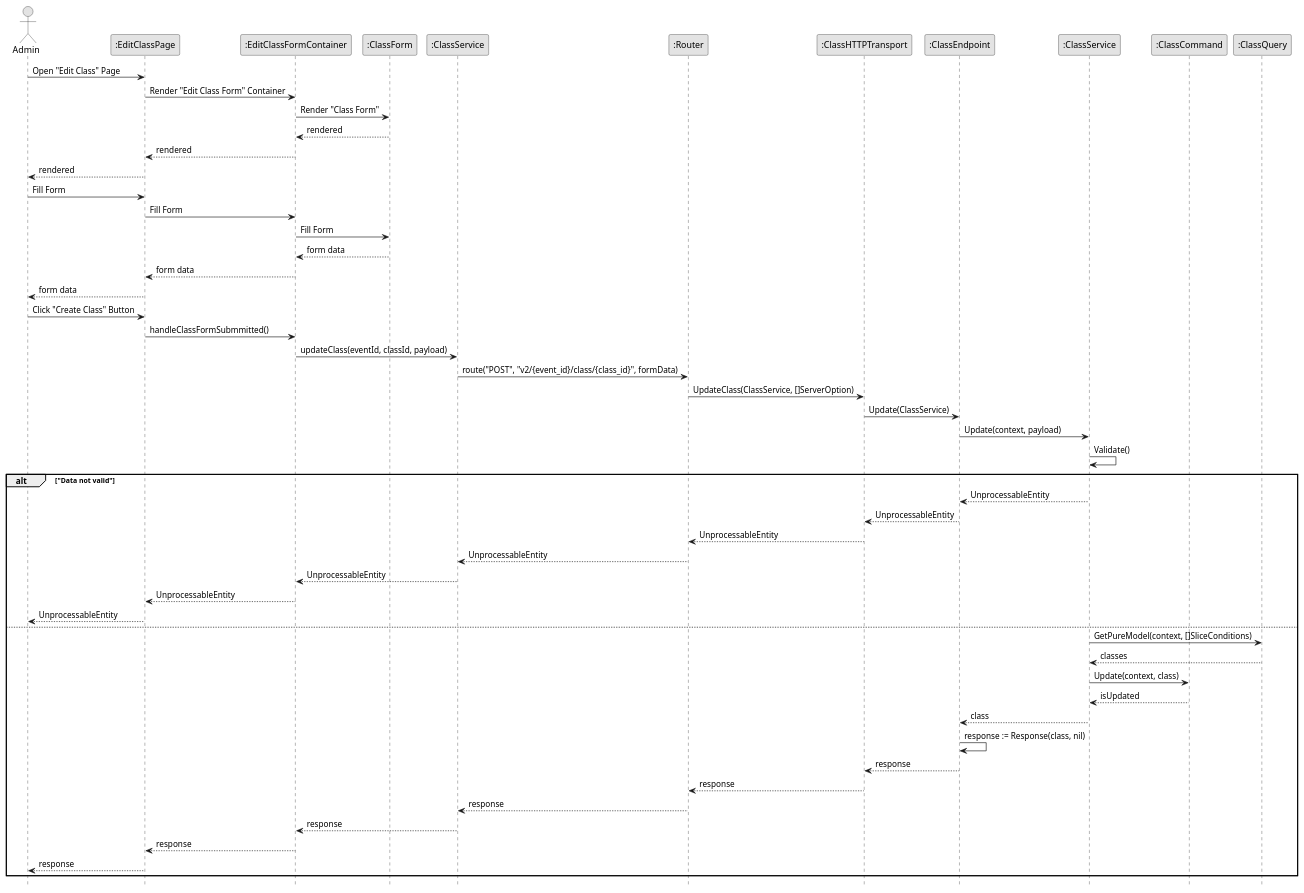
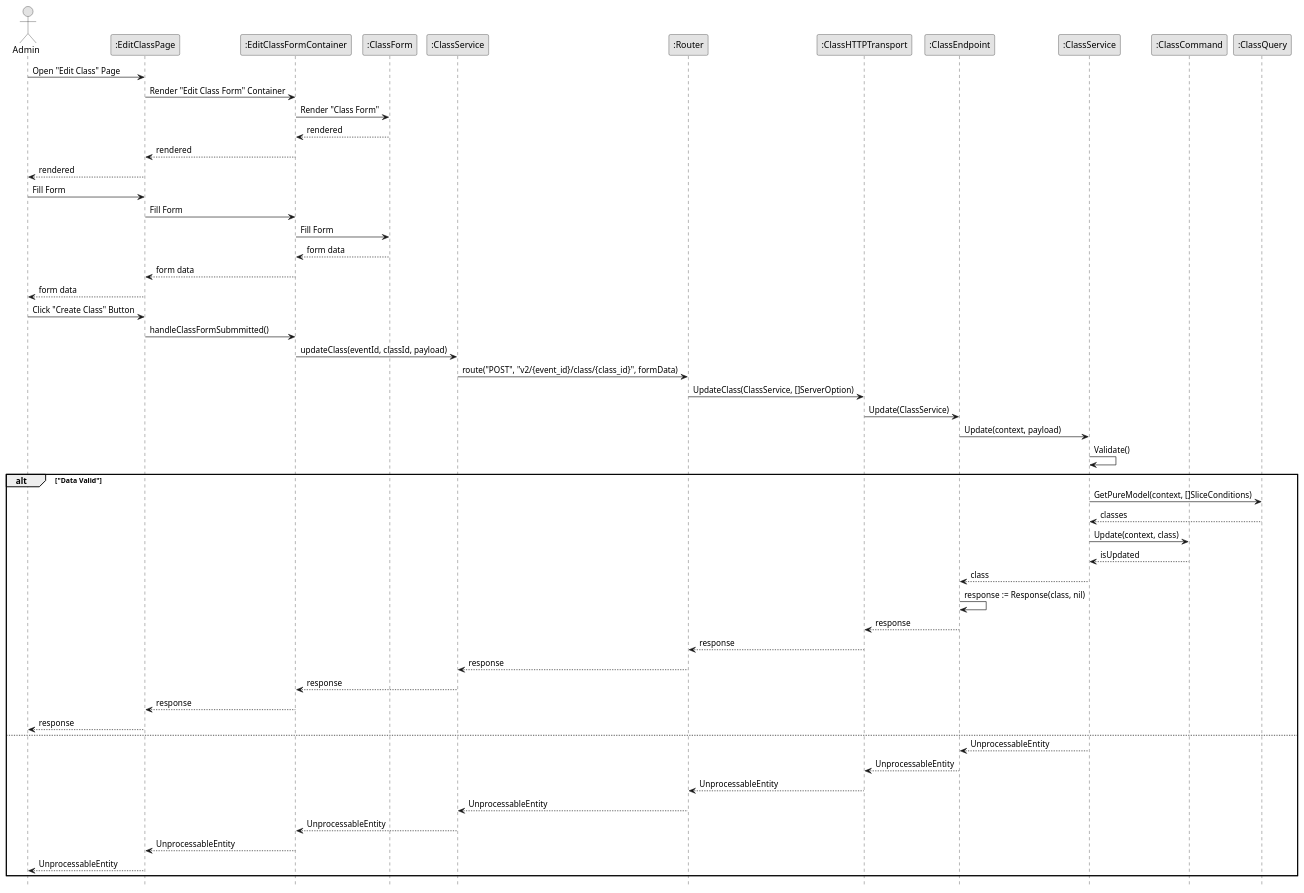
One commit to fwidjaya20/fazzlearning-uml changed the diagram in Final/Sequence/Class/UpdateClass.wsd. Above: the diagram before and after it, drawn with PlantUML. The commit also changed 47 other files, not shown here.

```diff
--- a/Final/Sequence/Class/UpdateClass.wsd
+++ b/Final/Sequence/Class/UpdateClass.wsd
@@ -1,67 +1,67 @@
 @startuml UpdateClass
 
 skinparam Monochrome true
 skinparam Shadowing false
 hide footbox
 
 actor Admin
 participant ":EditClassPage" as EditClassPage
 participant ":EditClassFormContainer" as EditClassFormContainer
 participant ":ClassForm" as ClassForm
 participant ":ClassService" as FEClassService
 participant ":Router" as Router
 participant ":ClassHTTPTransport" as ClassHTTPTransport
 participant ":ClassEndpoint" as ClassEndpoint
 participant ":ClassService" as ClassService
 participant ":ClassCommand" as ClassCommand
 participant ":ClassQuery" as ClassQuery
 
 Admin->EditClassPage: Open "Edit Class" Page
 EditClassPage->EditClassFormContainer: Render "Edit Class Form" Container
 EditClassFormContainer->ClassForm: Render "Class Form"
 ClassForm-->EditClassFormContainer: rendered
 EditClassFormContainer-->EditClassPage: rendered
 EditClassPage-->Admin: rendered
 
 Admin->EditClassPage: Fill Form
 EditClassPage->EditClassFormContainer: Fill Form
 EditClassFormContainer->ClassForm: Fill Form
 ClassForm-->EditClassFormContainer: form data
 EditClassFormContainer-->EditClassPage: form data
 EditClassPage-->Admin: form data
 
 Admin->EditClassPage: Click "Create Class" Button
 EditClassPage->EditClassFormContainer: handleClassFormSubmmitted()
 EditClassFormContainer->FEClassService: updateClass(eventId, classId, payload)
 FEClassService->Router: route("POST", "v2/{event_id}/class/{class_id}", formData)
 Router->ClassHTTPTransport: UpdateClass(ClassService, []ServerOption)
 ClassHTTPTransport->ClassEndpoint: Update(ClassService)
 ClassEndpoint->ClassService: Update(context, payload)
 ClassService->ClassService: Validate()
 
-alt "Data not valid"
-    ClassService-->ClassEndpoint: UnprocessableEntity
-    ClassEndpoint-->ClassHTTPTransport: UnprocessableEntity
-    ClassHTTPTransport-->Router: UnprocessableEntity
-    Router-->FEClassService: UnprocessableEntity
-    FEClassService-->EditClassFormContainer: UnprocessableEntity
-    EditClassFormContainer-->EditClassPage: UnprocessableEntity
-    EditClassPage-->Admin: UnprocessableEntity
-else
+alt "Data Valid"
     ClassService->ClassQuery: GetPureModel(context, []SliceConditions)
     ClassQuery-->ClassService: classes
 
     ClassService->ClassCommand: Update(context, class)
     ClassCommand-->ClassService: isUpdated
 
     ClassService-->ClassEndpoint: class
     ClassEndpoint->ClassEndpoint: response := Response(class, nil)
     ClassEndpoint-->ClassHTTPTransport: response
     ClassHTTPTransport-->Router: response
     Router-->FEClassService: response
     FEClassService-->EditClassFormContainer: response
     EditClassFormContainer-->EditClassPage: response
     EditClassPage-->Admin: response
+else
+    ClassService-->ClassEndpoint: UnprocessableEntity
+    ClassEndpoint-->ClassHTTPTransport: UnprocessableEntity
+    ClassHTTPTransport-->Router: UnprocessableEntity
+    Router-->FEClassService: UnprocessableEntity
+    FEClassService-->EditClassFormContainer: UnprocessableEntity
+    EditClassFormContainer-->EditClassPage: UnprocessableEntity
+    EditClassPage-->Admin: UnprocessableEntity
 end
 
 @enduml
```
